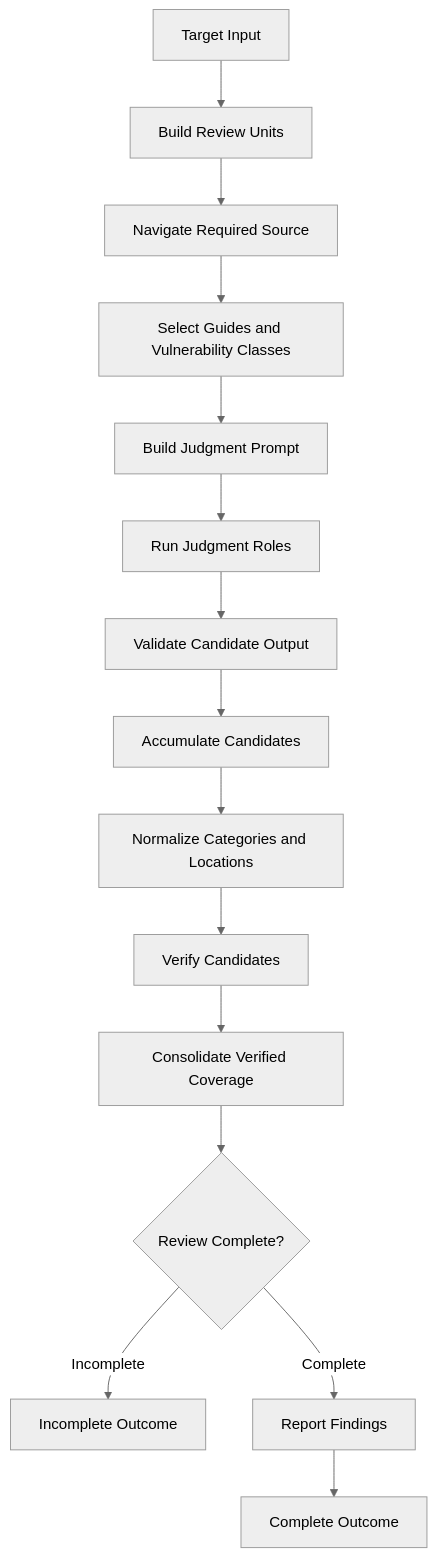
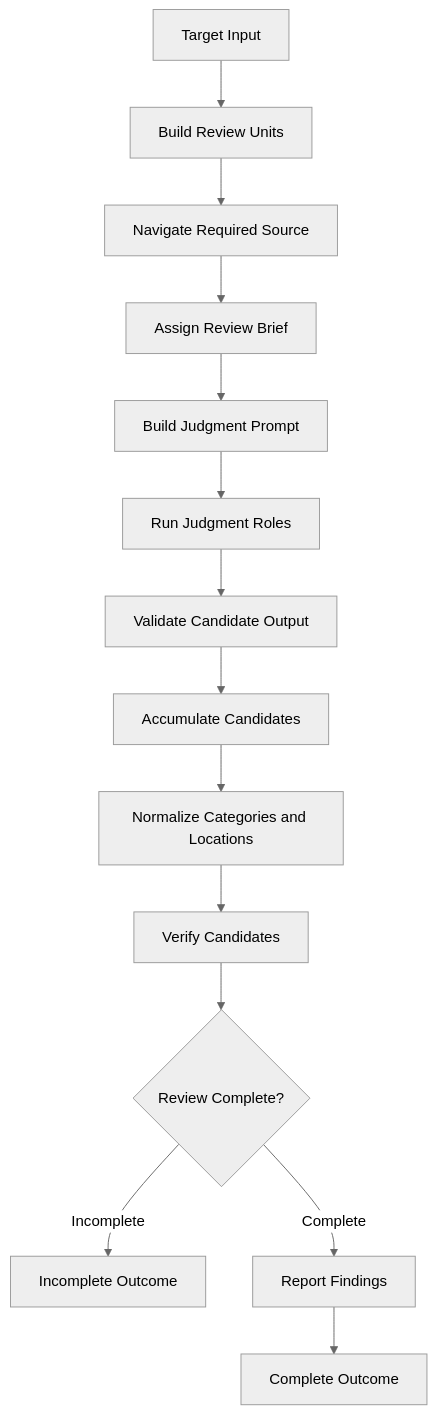
Before and after one commit to eth4nr00t/cyberjury: the second of 3 diagrams in docs/engine-design.md, drawn with Mermaid (neutral theme). The commit also changed other lines of this file and 144 other files, not shown here.

````diff
--- a/docs/engine-design.md
+++ b/docs/engine-design.md
@@ -136,17 +141,16 @@
 ```mermaid
 flowchart TD
     A[Target Input] --> B[Build Review Units]
     B --> C[Navigate Required Source]
-    C --> D[Select Guides and Vulnerability Classes]
+    C --> D[Assign Review Brief]
     D --> E[Build Judgment Prompt]
     E --> F[Run Judgment Roles]
     F --> G[Validate Candidate Output]
     G --> H[Accumulate Candidates]
     H --> I[Normalize Categories and Locations]
     I --> J[Verify Candidates]
-    J --> K[Consolidate Verified Coverage]
-    K --> L{Review Complete?}
+    J --> L{Review Complete?}
     L -- Incomplete --> M[Incomplete Outcome]
     L -- Complete --> N[Report Findings]
     N --> O[Complete Outcome]
 ```
````
